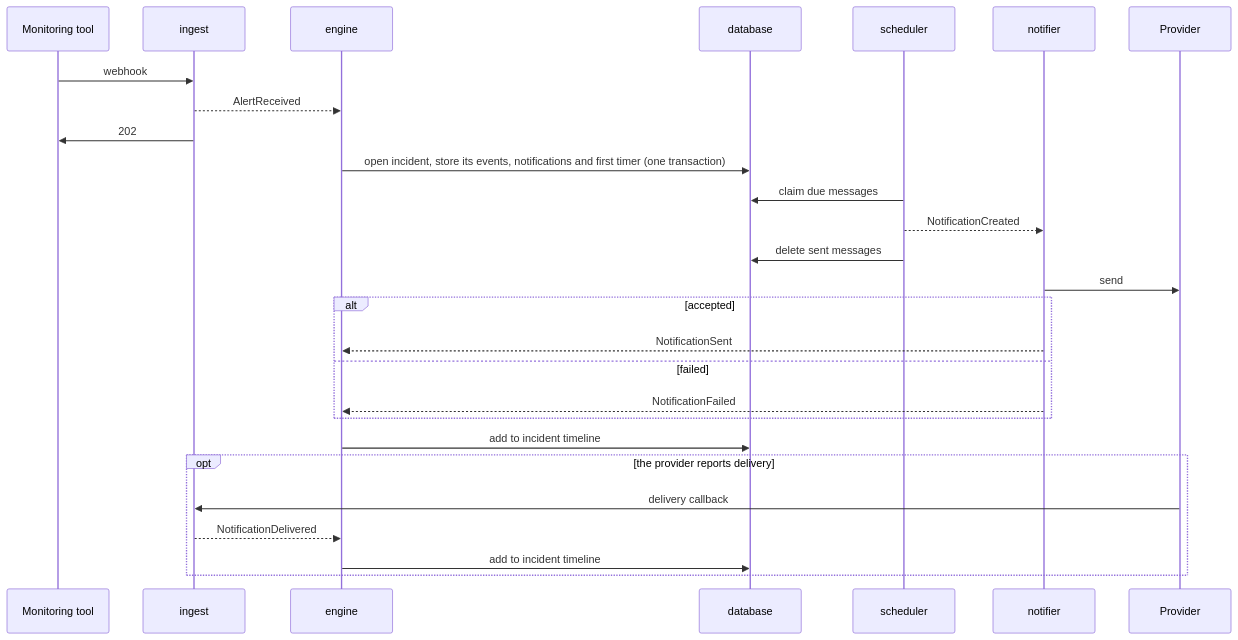
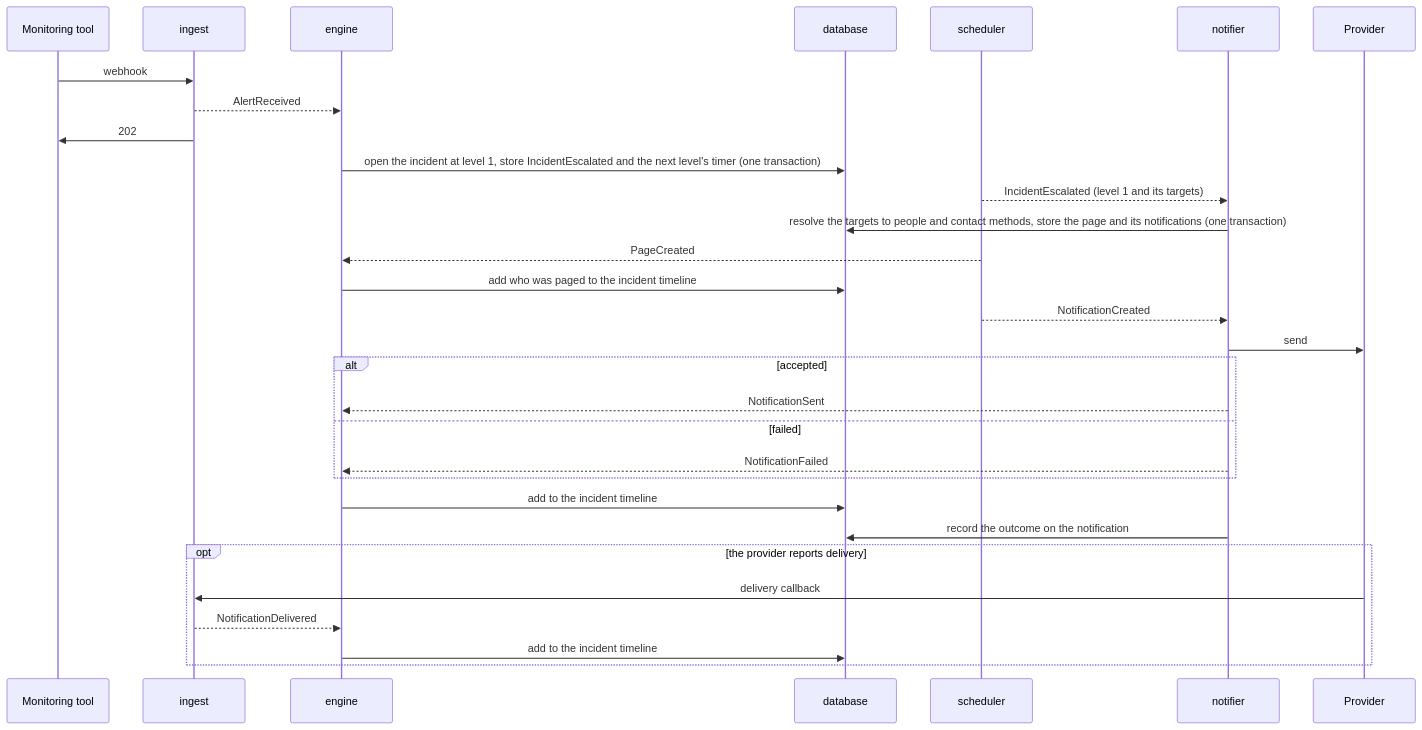
Before and after one commit to murphyhq/server: the second of 5 diagrams in docs/architecture.md, drawn with Mermaid. The commit also changed other lines of this file and 2 other files, not shown here.

Commit message:
docs: notifications own pages, whom they reach and how; engine moves on when a level reached nobody

````diff
--- a/docs/architecture.md
+++ b/docs/architecture.md
@@ -114,29 +117,32 @@
 ```mermaid
 sequenceDiagram
   participant M as Monitoring tool
   participant I as ingest
   participant E as engine
   participant D as database
   participant S as scheduler
   participant N as notifier
   participant P as Provider
   M->>I: webhook
   I-->>E: AlertReceived
   I->>M: 202
-  E->>D: open incident, store its events, notifications and first timer (one transaction)
-  S->>D: claim due messages
+  E->>D: open the incident at level 1, store IncidentEscalated and the next level's timer (one transaction)
+  S-->>N: IncidentEscalated (level 1 and its targets)
+  N->>D: resolve the targets to people and contact methods, store the page and its notifications (one transaction)
+  S-->>E: PageCreated
+  E->>D: add who was paged to the incident timeline
   S-->>N: NotificationCreated
-  S->>D: delete sent messages
   N->>P: send
   alt accepted
     N-->>E: NotificationSent
   else failed
     N-->>E: NotificationFailed
   end
-  E->>D: add to incident timeline
+  E->>D: add to the incident timeline
+  N->>D: record the outcome on the notification
   opt the provider reports delivery
     P->>I: delivery callback
     I-->>E: NotificationDelivered
-    E->>D: add to incident timeline
+    E->>D: add to the incident timeline
   end
 ```
````
